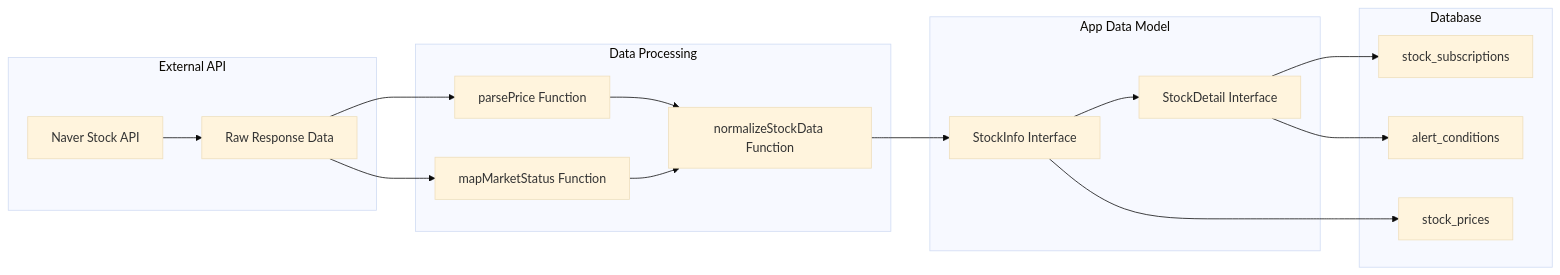
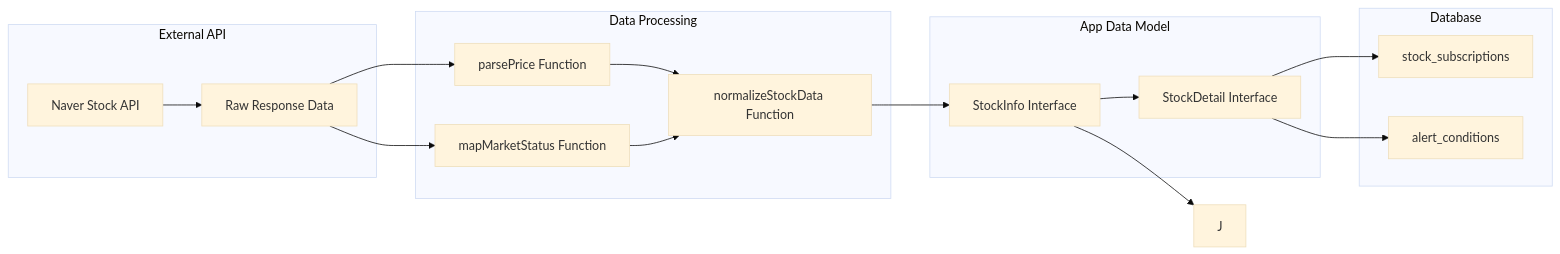
The fourth of 9 diagrams in docs/database-diagrams.md (wnltns/stock-alert), drawn with Mermaid (base theme) before and after one commit. The commit also changed other lines of this file and 18 other files, not shown here.

````diff
--- a/docs/database-diagrams.md
+++ b/docs/database-diagrams.md
@@ -194,35 +173,34 @@
 ```mermaid
 graph LR
     subgraph "External API"
         A[Naver Stock API]
         B[Raw Response Data]
     end
     
     subgraph "Data Processing"
         C[parsePrice Function]
         D[mapMarketStatus Function]
         E[normalizeStockData Function]
     end
     
     subgraph "App Data Model"
         F[StockInfo Interface]
         G[StockDetail Interface]
     end
     
     subgraph "Database"
         H[stock_subscriptions]
         I[alert_conditions]
-        J[stock_prices]
     end
     
     A --> B
     B --> C
     B --> D
     C --> E
     D --> E
     E --> F
     F --> G
     G --> H
     G --> I
     F --> J
 ```
````
